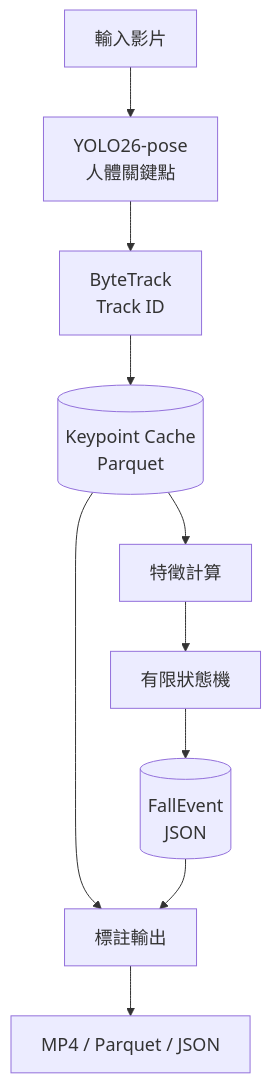
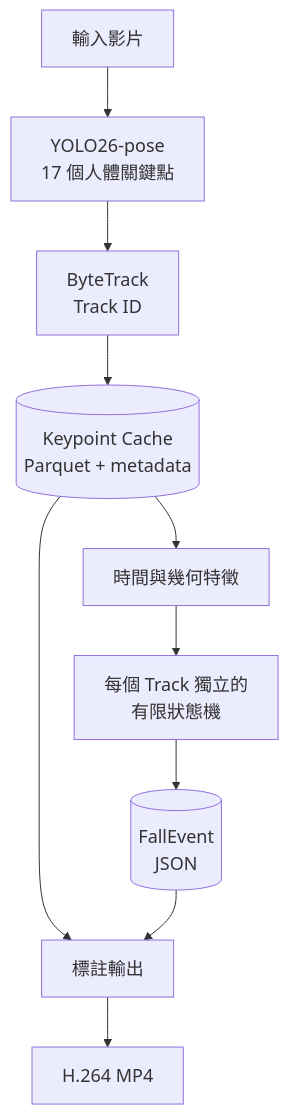
One commit to kuotunyu/fall-detection-pose changed the first of 2 diagrams in README.md. Above: the diagram before and after it, drawn with Mermaid. The commit also changed other lines of this file and 2 other files, not shown here.

````diff
--- a/README.md
+++ b/README.md
@@ -50,13 +103,13 @@
 ```mermaid
 %%{init: {'themeVariables': {'fontSize': '18px'}}}%%
 flowchart TD
-    Video[輸入影片] --> Pose[YOLO26-pose<br/>人體關鍵點]
+    Video[輸入影片] --> Pose[YOLO26-pose<br/>17 個人體關鍵點]
     Pose --> Track[ByteTrack<br/>Track ID]
-    Track --> Cache[(Keypoint Cache<br/>Parquet)]
-    Cache --> Feature[特徵計算]
-    Feature --> FSM[有限狀態機]
+    Track --> Cache[(Keypoint Cache<br/>Parquet + metadata)]
+    Cache --> Feature[時間與幾何特徵]
+    Feature --> FSM[每個 Track 獨立的<br/>有限狀態機]
     FSM --> Events[(FallEvent<br/>JSON)]
     Cache --> Annotate[標註輸出]
     Events --> Annotate
-    Annotate --> Result[MP4 / Parquet / JSON]
+    Annotate --> Result[H.264 MP4]
 ```
````
